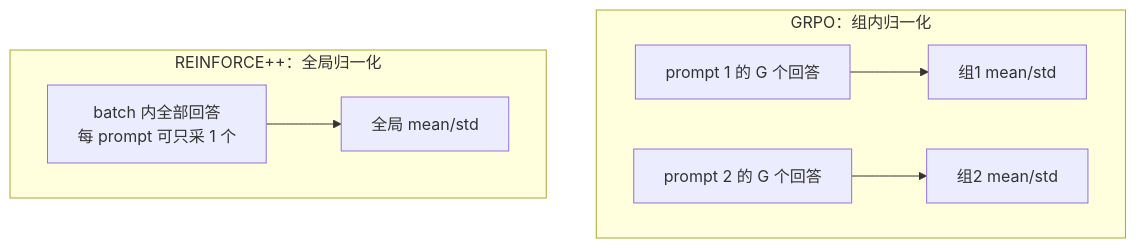
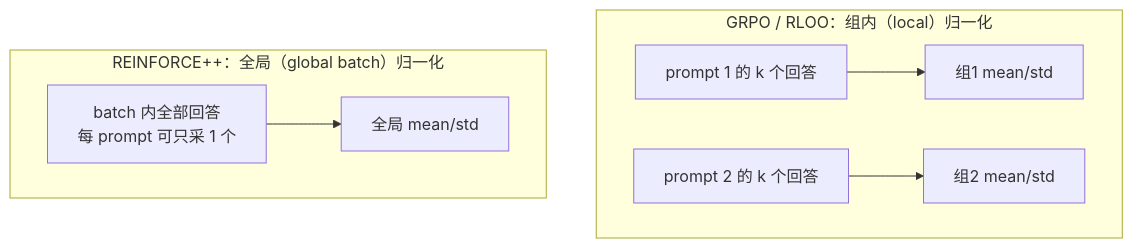
Before and after one commit to zhoujx4/llm-atlas: the diagram in docs/rlhf/reinforce-plus-plus.md, drawn with Mermaid. The commit also changed other lines of this file and 156 other files, not shown here.

First line of the commit message:
docs: 论文页按规范批量重排+配图，新增 Harness 工程演进四页

````diff
--- a/docs/rlhf/reinforce-plus-plus.md
+++ b/docs/rlhf/reinforce-plus-plus.md
@@ -21,10 +35,10 @@
 ```mermaid
 flowchart TB
-    subgraph GRPO[GRPO：组内归一化]
-        A1[prompt 1 的 G 个回答] --> M1[组1 mean/std]
-        A2[prompt 2 的 G 个回答] --> M2[组2 mean/std]
+    subgraph GRPO[GRPO / RLOO：组内（local）归一化]
+        A1[prompt 1 的 k 个回答] --> M1[组1 mean/std]
+        A2[prompt 2 的 k 个回答] --> M2[组2 mean/std]
     end
-    subgraph RPP[REINFORCE++：全局归一化]
+    subgraph RPP[REINFORCE++：全局（global batch）归一化]
         B1[batch 内全部回答<br/>每 prompt 可只采 1 个] --> M3[全局 mean/std]
     end
 ```
````
